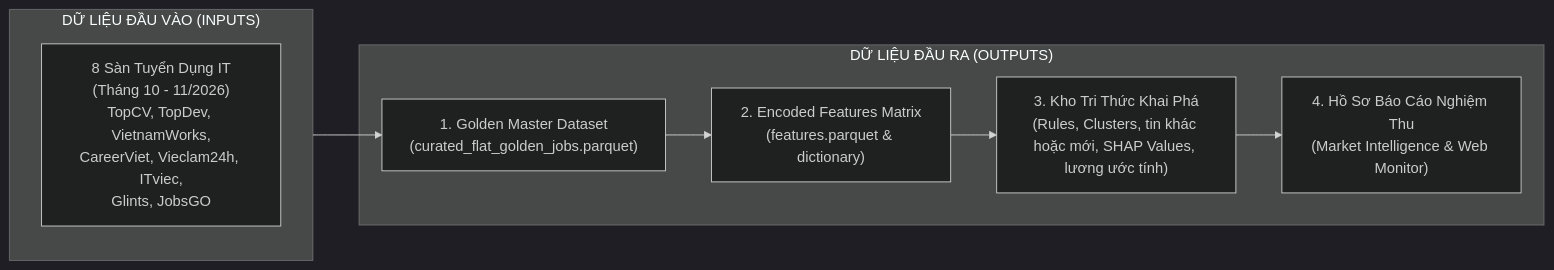
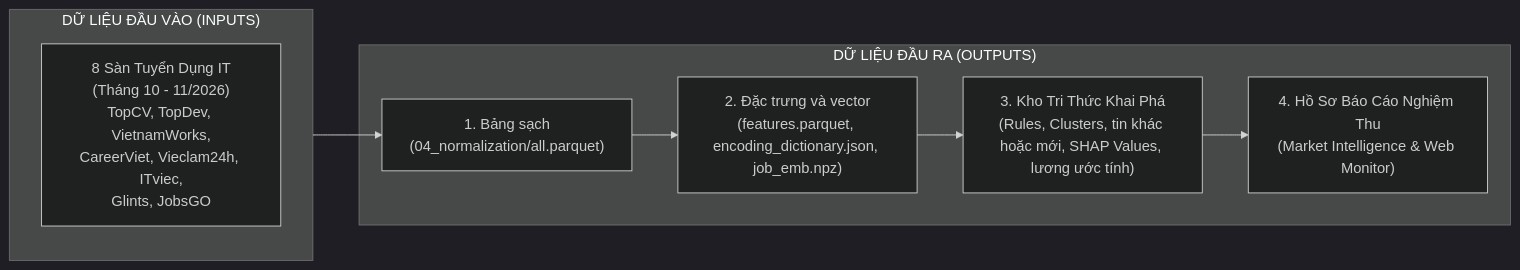
One commit to Archduker/VN-IT-Job-Mining changed the second of 2 diagrams in docs/spec/01_product_spec.md. Above: the diagram before and after it, drawn with Mermaid (dark theme). The commit also changed other lines of this file and 5 other files, not shown here.

````diff
--- a/docs/spec/01_product_spec.md
+++ b/docs/spec/01_product_spec.md
@@ -83,18 +83,18 @@
 ```mermaid
 flowchart LR
     subgraph Inputs["DỮ LIỆU ĐẦU VÀO (INPUTS)"]
         Raw["8 Sàn Tuyển Dụng IT\n(Tháng 10 - 11/2026)\nTopCV, TopDev, VietnamWorks,\nCareerViet, Vieclam24h, ITviec,\nGlints, JobsGO"]
     end
 
     subgraph CoreOutputs["DỮ LIỆU ĐẦU RA (OUTPUTS)"]
-        D1["1. Golden Master Dataset\n(curated_flat_golden_jobs.parquet)"]
-        D2["2. Encoded Features Matrix\n(features.parquet & dictionary)"]
+        D1["1. Bảng sạch\n(04_normalization/all.parquet)"]
+        D2["2. Đặc trưng và vector\n(features.parquet, encoding_dictionary.json, job_emb.npz)"]
         D3["3. Kho Tri Thức Khai Phá\n(Rules, Clusters, tin khác hoặc mới, SHAP Values, lương ước tính)"]
         D4["4. Hồ Sơ Báo Cáo Nghiệm Thu\n(Market Intelligence & Web Monitor)"]
     end
 
     Inputs --> D1
     D1 --> D2
     D2 --> D3
     D3 --> D4
 ```
````
